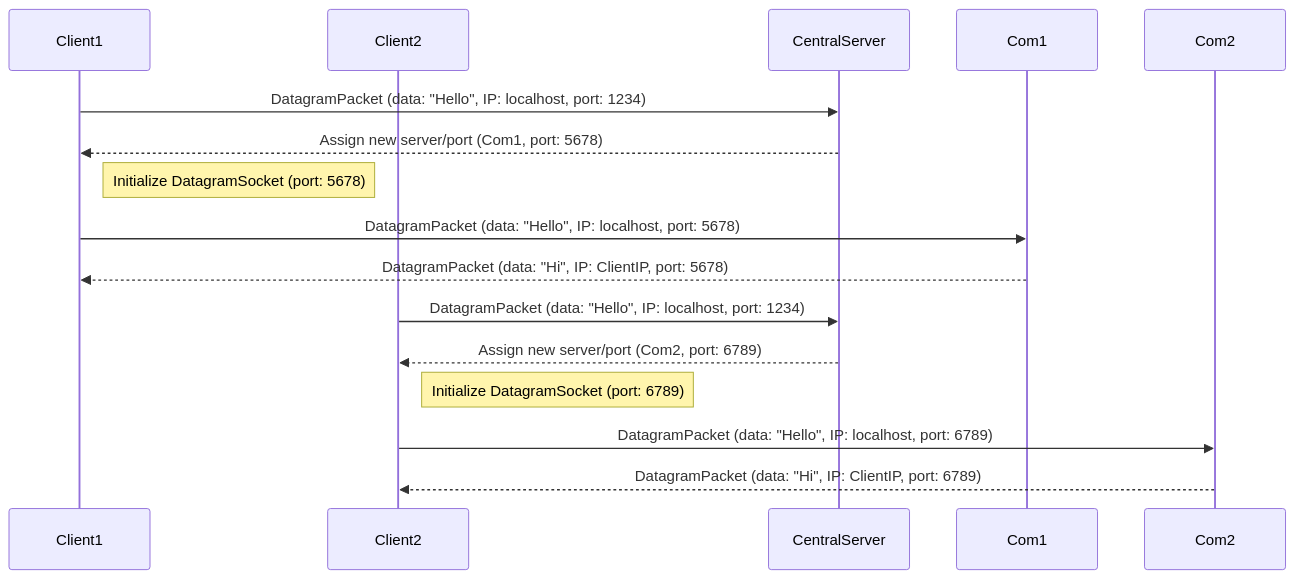
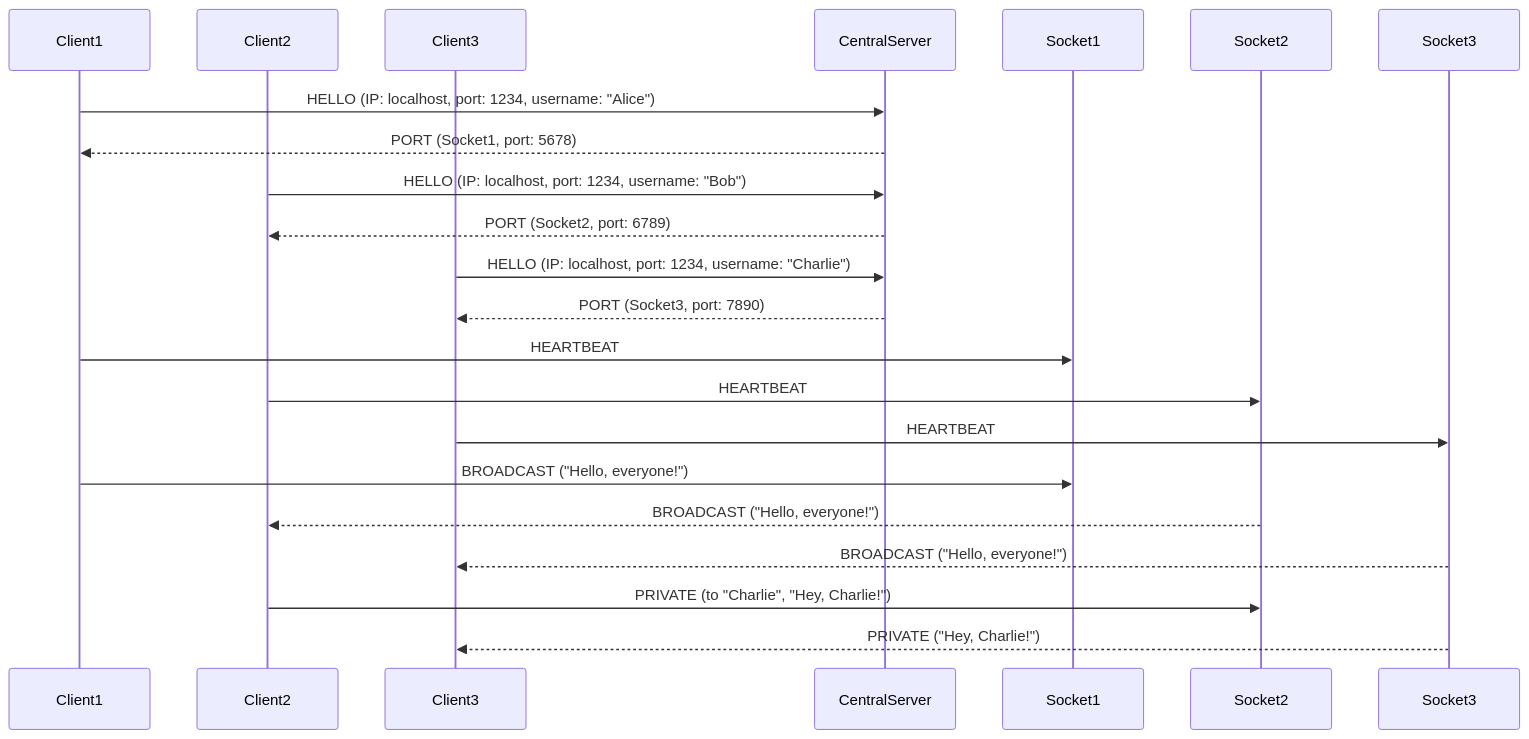
One commit to FlashOnFire/tpudp changed the diagram in readme.md. Above: the diagram before and after it, drawn with Mermaid.

Commit message:
Update sequence diagram in readme.md for clarity and new features

````diff
--- a/readme.md
+++ b/readme.md
@@ -1,28 +1,25 @@
 ```mermaid
 sequenceDiagram
-    participant Client1
-    participant Client2
-    participant CentralServer
-    participant Com1
-    participant Com2
+  participant Client1 as Client1
+  participant Client2 as Client2
+  participant Client3 as Client3
+  participant CentralServer as CentralServer
+  participant Socket1 as Socket1
+  participant Socket2 as Socket2
+  participant Socket3 as Socket3
 
-    %% Client 1 initial contact with central server
-    Client1->>CentralServer: DatagramPacket (data: "Hello", IP: localhost, port: 1234)
-    %% Central server assigns new server/port to Client 1
-    CentralServer-->>Client1: Assign new server/port (Com1, port: 5678)
-
-    %% Client 1 communication through new server
-    Note right of Client1: Initialize DatagramSocket (port: 5678)
-    Client1->>Com1: DatagramPacket (data: "Hello", IP: localhost, port: 5678)
-    Com1-->>Client1: DatagramPacket (data: "Hi", IP: ClientIP, port: 5678)
-
-    %% Client 2 initial contact with central server
-    Client2->>CentralServer: DatagramPacket (data: "Hello", IP: localhost, port: 1234)
-    %% Central server assigns new server/port to Client 2
-    CentralServer-->>Client2: Assign new server/port (Com2, port: 6789)
-
-    %% Client 2 communication through new server
-    Note right of Client2: Initialize DatagramSocket (port: 6789)
-    Client2->>Com2: DatagramPacket (data: "Hello", IP: localhost, port: 6789)
-    Com2-->>Client2: DatagramPacket (data: "Hi", IP: ClientIP, port: 6789)
+  Client1 ->> CentralServer: HELLO (IP: localhost, port: 1234, username: "Alice")
+  CentralServer -->> Client1: PORT (Socket1, port: 5678)
+  Client2 ->> CentralServer: HELLO (IP: localhost, port: 1234, username: "Bob")
+  CentralServer -->> Client2: PORT (Socket2, port: 6789)
+  Client3 ->> CentralServer: HELLO (IP: localhost, port: 1234, username: "Charlie")
+  CentralServer -->> Client3: PORT (Socket3, port: 7890)
+  Client1 ->> Socket1: HEARTBEAT
+  Client2 ->> Socket2: HEARTBEAT
+  Client3 ->> Socket3: HEARTBEAT
+  Client1 ->> Socket1: BROADCAST ("Hello, everyone!")
+  Socket2 -->> Client2: BROADCAST ("Hello, everyone!")
+  Socket3 -->> Client3: BROADCAST ("Hello, everyone!")
+  Client2 ->> Socket2: PRIVATE (to "Charlie", "Hey, Charlie!")
+  Socket3 -->> Client3: PRIVATE ("Hey, Charlie!")
 ```
````
